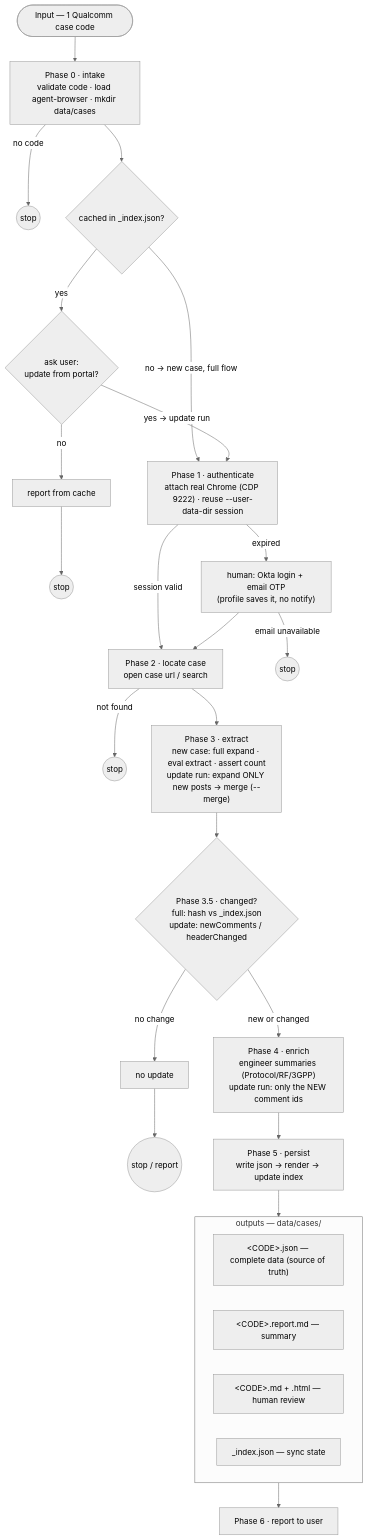
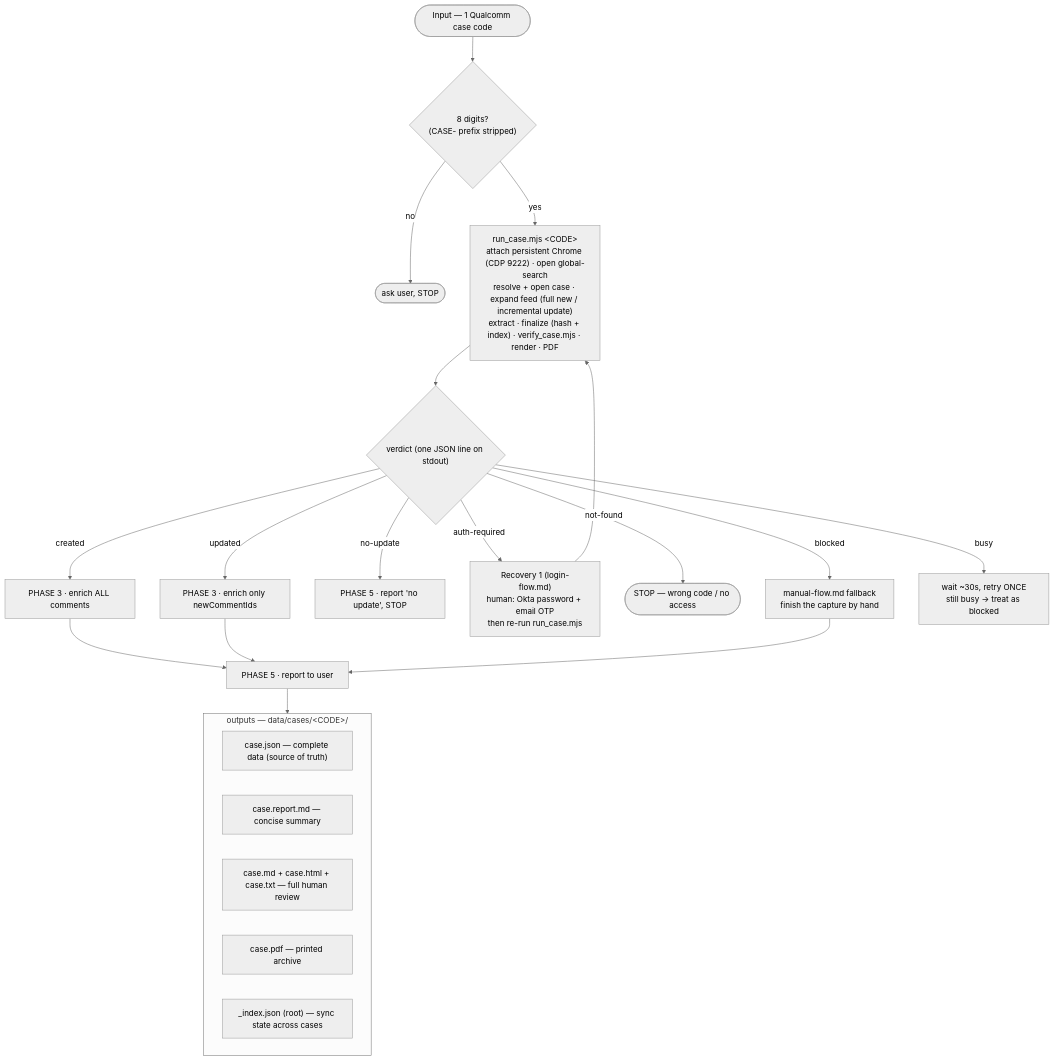
The diagram in .claude/skills/qualcomm-case-agent/references/workflow.md (congtubkbn/qualcomm-case-agent), drawn with Mermaid (neutral theme) before and after one commit. The commit also changed other lines of this file and 3 other files, not shown here.

First line of the commit message:
docs(qualcomm-case-agent): fix stale references (workflow, extraction, consumer-guide)

````diff
--- a/.claude/skills/qualcomm-case-agent/references/workflow.md
+++ b/.claude/skills/qualcomm-case-agent/references/workflow.md
@@ -9,28 +12,26 @@
 ```mermaid
 flowchart TD
-  IN(["Input — 1 Qualcomm case code"]) --> P0["Phase 0 · intake<br/>validate code · load agent-browser · mkdir data/cases"]
-  P0 -->|no code| S0((stop))
-  P0 --> CACHE{"cached in _index.json?"}
-  CACHE -->|no → new case, full flow| P1
-  CACHE -->|yes| ASK{"ask user:<br/>update from portal?"}
-  ASK -->|no| RPT["report from cache"] --> S4((stop))
-  ASK -->|yes → update run| P1["Phase 1 · authenticate<br/>attach real Chrome (CDP 9222) · reuse --user-data-dir session"]
-  P1 -->|session valid| P2
-  P1 -->|expired| LG["human: Okta login + email OTP<br/>(profile saves it, no notify)"]
-  LG -->|email unavailable| S1((stop))
-  LG --> P2["Phase 2 · locate case<br/>open case url / search"]
-  P2 -->|not found| S2((stop))
-  P2 --> P3["Phase 3 · extract<br/>new case: full expand · eval extract · assert count<br/>update run: expand ONLY new posts → merge (--merge)"]
-  P3 --> CHK{"Phase 3.5 · changed?<br/>full: hash vs _index.json<br/>update: newComments / headerChanged"}
-  CHK -->|no change| NUP["no update"] --> S3((stop / report))
-  CHK -->|new or changed| P4["Phase 4 · enrich<br/>engineer summaries (Protocol/RF/3GPP)<br/>update run: only the NEW comment ids"]
-  P4 --> P5["Phase 5 · persist<br/>write json → render → update index"]
-  P5 --> OUT
-  subgraph OUT["outputs — data/cases/"]
-    O1["&lt;CODE&gt;.json — complete data (source of truth)"]
-    O2["&lt;CODE&gt;.report.md — summary"]
-    O3["&lt;CODE&gt;.md + .html — human review"]
-    O4["_index.json — sync state"]
+  IN(["Input — 1 Qualcomm case code"]) --> VALID{"8 digits?<br/>(CASE- prefix stripped)"}
+  VALID -->|no| S0(["ask user, STOP"])
+  VALID -->|yes| RUN["run_case.mjs &lt;CODE&gt;<br/>attach persistent Chrome (CDP 9222) · open global-search<br/>resolve + open case · expand feed (full new / incremental update)<br/>extract · finalize (hash + index) · verify_case.mjs · render · PDF"]
+  RUN --> V{"verdict (one JSON line on stdout)"}
+  V -->|created| ENRICH["PHASE 3 · enrich ALL comments"]
+  V -->|updated| ENRICHNEW["PHASE 3 · enrich only newCommentIds"]
+  V -->|no-update| REPORT_NU["PHASE 5 · report 'no update', STOP"]
+  V -->|auth-required| AUTH["Recovery 1 (login-flow.md)<br/>human: Okta password + email OTP<br/>then re-run run_case.mjs"]
+  V -->|not-found| S1(["STOP — wrong code / no access"])
+  V -->|blocked| MANUAL["manual-flow.md fallback<br/>finish the capture by hand"]
+  V -->|busy| RETRY["wait ~30s, retry ONCE<br/>still busy → treat as blocked"]
+  AUTH --> RUN
+  ENRICH --> REPORT["PHASE 5 · report to user"]
+  ENRICHNEW --> REPORT
+  MANUAL --> REPORT
+  REPORT --> OUT
+  subgraph OUT["outputs — data/cases/&lt;CODE&gt;/"]
+    O1["case.json — complete data (source of truth)"]
+    O2["case.report.md — concise summary"]
+    O3["case.md + case.html + case.txt — full human review"]
+    O4["case.pdf — printed archive"]
+    O5["_index.json (root) — sync state across cases"]
   end
-  OUT --> P6["Phase 6 · report to user"]
 ```
````
